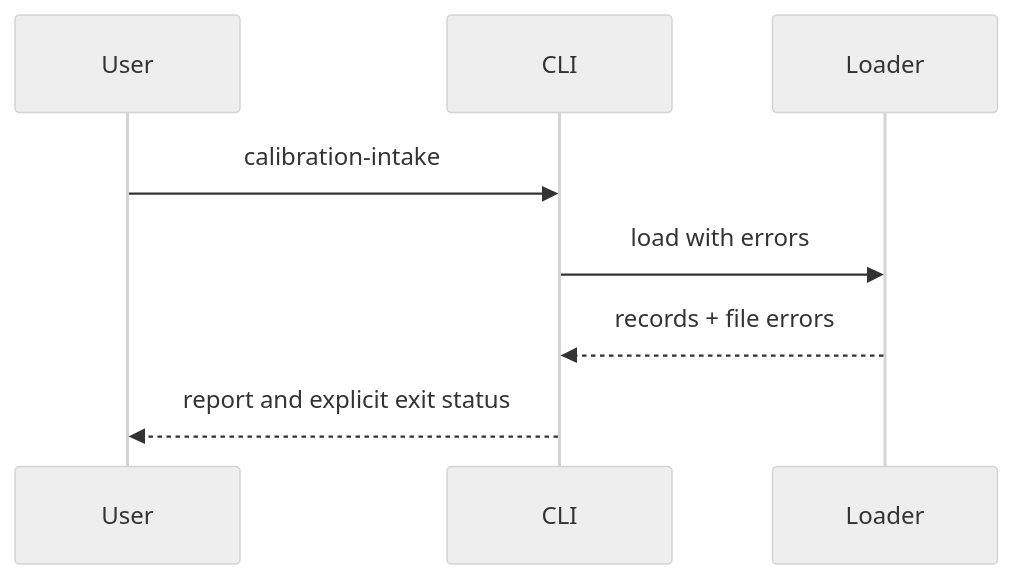
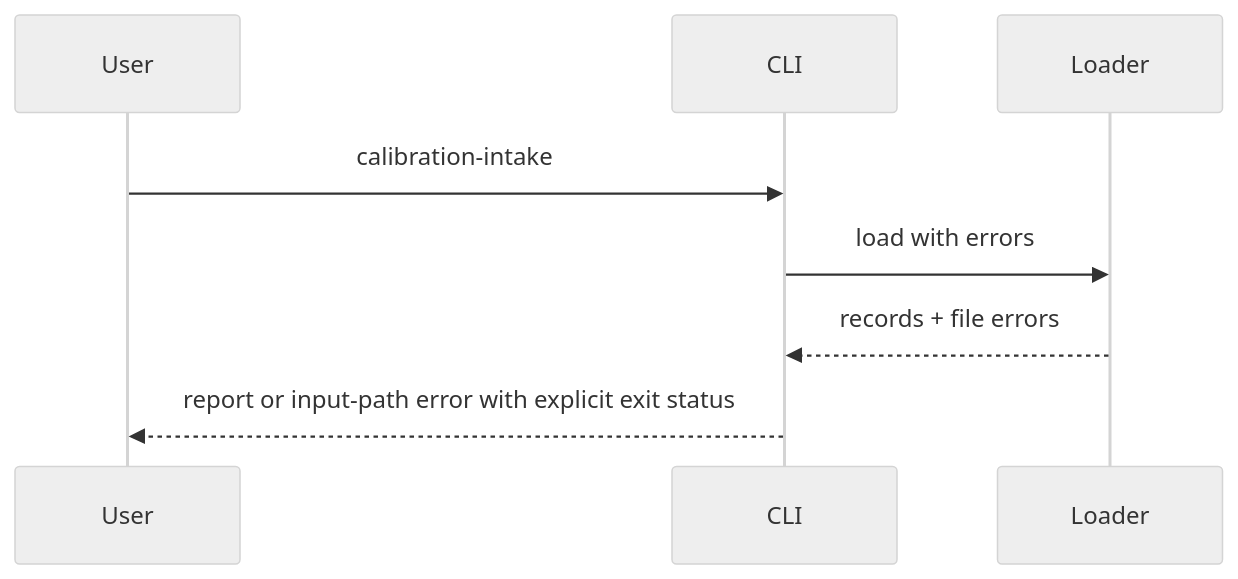
Before and after one commit to streamentry/OpenAMP-Foundry: the second of 2 diagrams in src/openamp_foundry/cli/commands/AGENTS.md, drawn with Mermaid (neutral theme). The commit also changed other lines of this file and 16 other files, not shown here.

````diff
--- a/src/openamp_foundry/cli/commands/AGENTS.md
+++ b/src/openamp_foundry/cli/commands/AGENTS.md
@@ -24,10 +25,10 @@
 ```mermaid
 sequenceDiagram
   participant User
   participant CLI
   participant Loader
   User->>CLI: calibration-intake
   CLI->>Loader: load with errors
   Loader-->>CLI: records + file errors
-  CLI-->>User: report and explicit exit status
+  CLI-->>User: report or input-path error with explicit exit status
 ```
````
